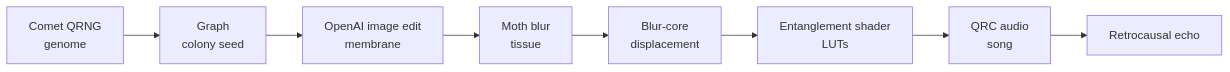
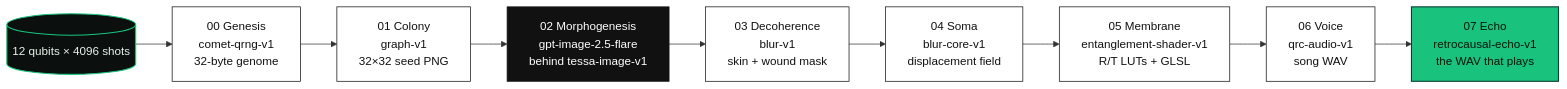
The first of 3 diagrams in README.md (bede-lau/chrono), drawn with Mermaid before and after one commit. The commit also changed other lines of this file, not shown here.

````diff
--- a/README.md
+++ b/README.md
@@ -15,10 +39,16 @@
 ```mermaid
 flowchart LR
- A["Comet QRNG<br/>genome"] --> B["Graph<br/>colony seed"]
- B --> C["OpenAI image edit<br/>membrane"]
- C --> D["Moth blur<br/>tissue"]
- D --> E["Blur-core<br/>displacement"]
- E --> F["Entanglement shader<br/>LUTs"]
- F --> G["QRC audio<br/>song"]
- G --> H["Retrocausal echo"]
+    classDef input fill:#0b0f0e,stroke:#19c37d,color:#e8f3ec,stroke-width:1.5px
+    classDef stage fill:#ffffff,stroke:#111,color:#111,stroke-width:1px
+    classDef model fill:#111,stroke:#111,color:#fff,stroke-width:1px
+    classDef output fill:#19c37d,stroke:#0b3d31,color:#04120d,stroke-width:1.5px
+
+    Q[("12 qubits × 4096 shots")]:::input --> G["00 Genesis<br/>comet-qrng-v1<br/>32-byte genome"]:::stage
+    G --> C["01 Colony<br/>graph-v1<br/>32×32 seed PNG"]:::stage
+    C --> M["02 Morphogenesis<br/>gpt-image-2.5-flare<br/>behind tessa-image-v1"]:::model
+    M --> D["03 Decoherence<br/>blur-v1<br/>skin + wound mask"]:::stage
+    D --> S["04 Soma<br/>blur-core-v1<br/>displacement field"]:::stage
+    S --> MB["05 Membrane<br/>entanglement-shader-v1<br/>R/T LUTs + GLSL"]:::stage
+    MB --> V["06 Voice<br/>qrc-audio-v1<br/>song WAV"]:::stage
+    V --> E["07 Echo<br/>retrocausal-echo-v1<br/>the WAV that plays"]:::output
 ```
````
